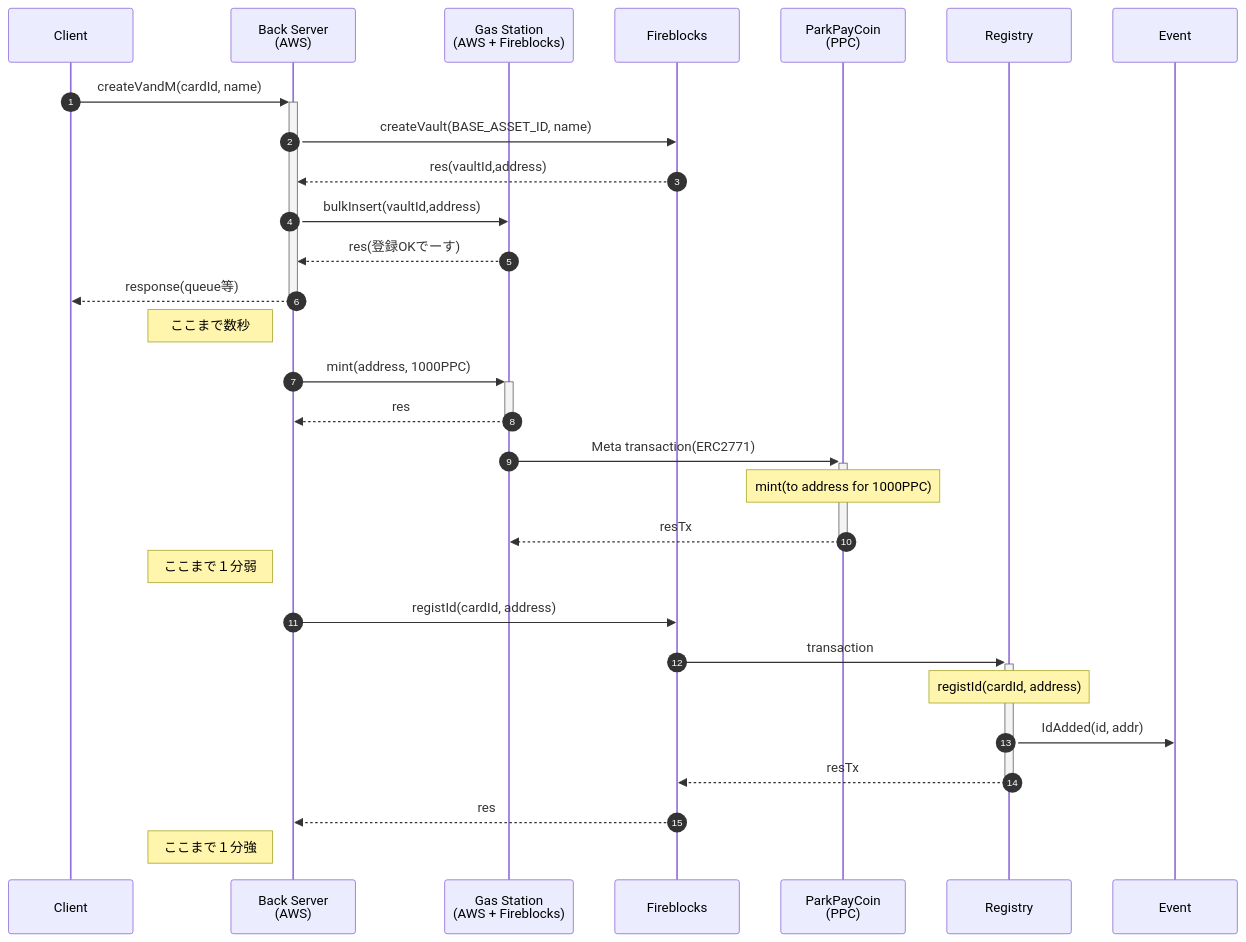
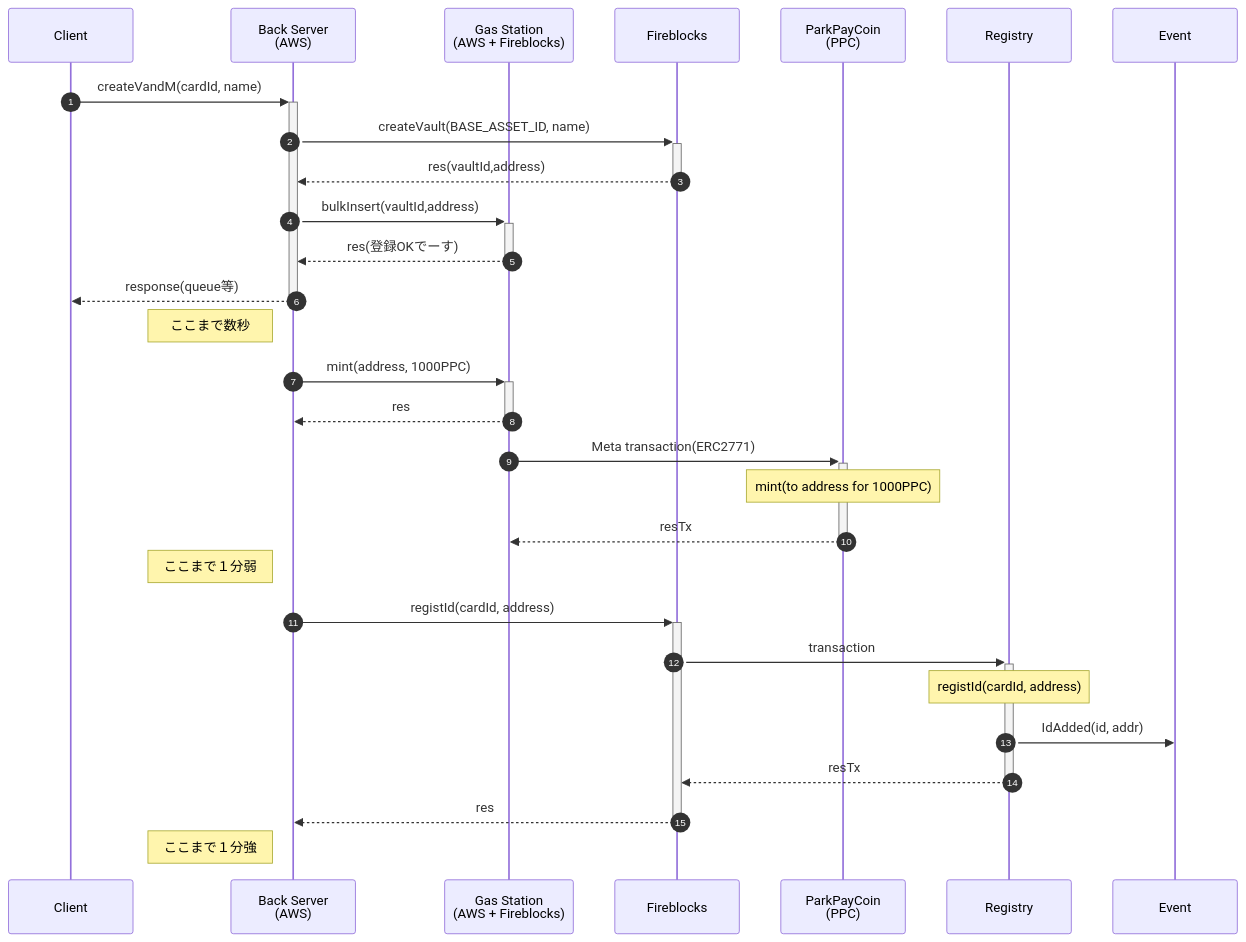
The third of 6 diagrams in README.md (mahiroaug/ParkingPayment), drawn with Mermaid before and after one commit. The commit also changed other lines of this file and 1 other file, not shown here.

````diff
--- a/README.md
+++ b/README.md
@@ -390,37 +392,37 @@
 ```mermaid
 sequenceDiagram
 
     participant Client as Client
     participant Back as Back Server<br>(AWS)
     participant GSN as Gas Station<br>(AWS + Fireblocks)
     participant FB as Fireblocks
     participant PPC as ParkPayCoin<br>(PPC)
     participant Registry
     participant Event
     autonumber
 
     Client->>+Back: createVandM(cardId, name)
-    Back->>FB: createVault(BASE_ASSET_ID, name)
-    FB-->>Back: res(vaultId,address)
-    Back->>GSN: bulkInsert(vaultId,address)
-    GSN-->>Back: res(登録OKでーす)
+    Back->>+FB: createVault(BASE_ASSET_ID, name)
+    FB-->>-Back: res(vaultId,address)
+    Back->>+GSN: bulkInsert(vaultId,address)
+    GSN-->>-Back: res(登録OKでーす)
     Back-->>-Client: response(queue等)
 
     Note left of Back:ここまで数秒
 
     Back->>+GSN: mint(address, 1000PPC)
     GSN-->>-Back: res
     GSN->>+PPC: Meta transaction(ERC2771)
     Note over PPC: mint(to address for 1000PPC)
     PPC-->>-GSN: resTx
 
     Note left of Back:ここまで１分弱
 
-    Back->>FB: registId(cardId, address)
+    Back->>+FB: registId(cardId, address)
     FB->>+Registry: transaction
     Note over Registry: registId(cardId, address)
     Registry->>Event: IdAdded(id, addr)
     Registry-->>-FB: resTx
-    FB-->>Back: res
+    FB-->>-Back: res
     Note left of Back:ここまで１分強
 ```
````
